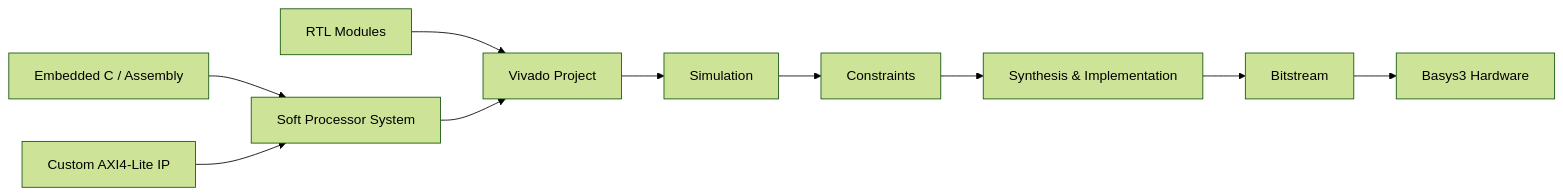
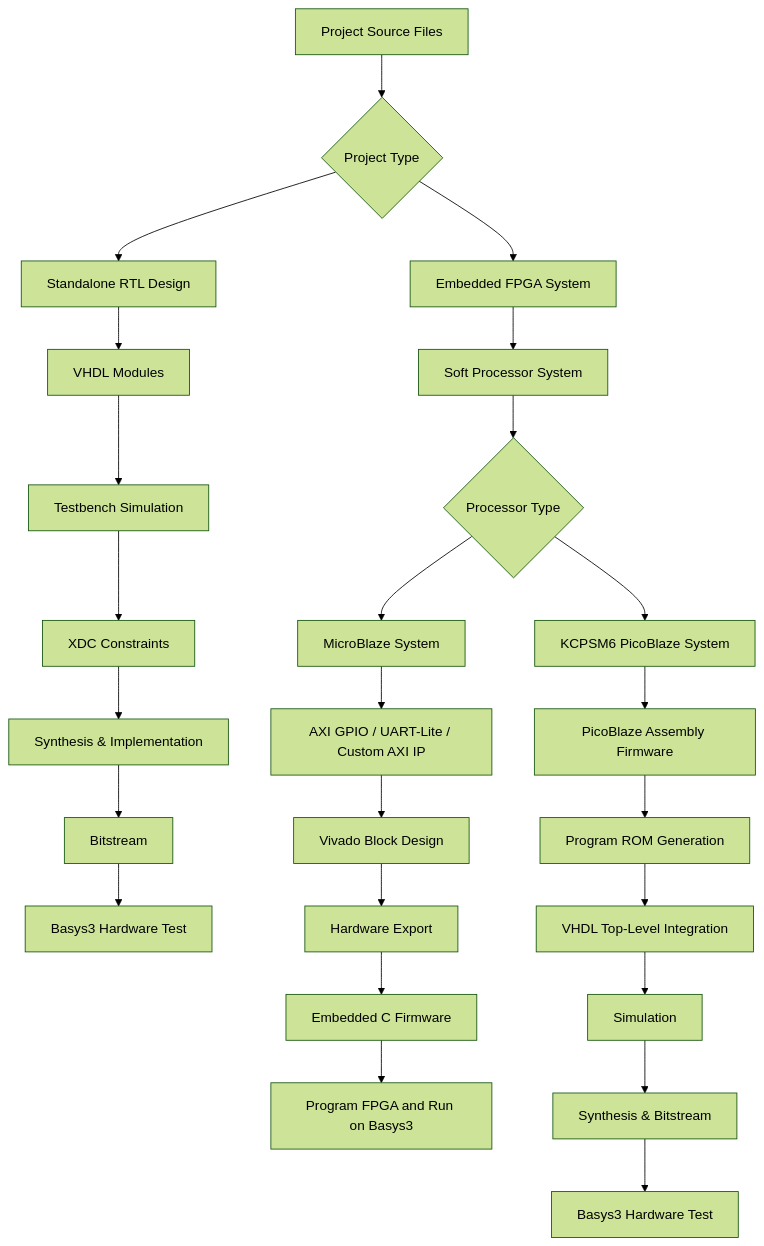
One commit to RL-Hillman/Basys3-FPGA-Design-Projects changed the diagram in README.md. Above: the diagram before and after it, drawn with Mermaid (forest theme). The commit also changed other lines of this file, not shown here.

````diff
--- a/README.md
+++ b/README.md
@@ -124,14 +123,33 @@
 ```mermaid
-flowchart LR
-    A[RTL Modules] --> B[Vivado Project]
-    B --> C[Simulation]
-    C --> D[Constraints]
-    D --> E[Synthesis & Implementation]
-    E --> F[Bitstream]
-    F --> G[Basys3 Hardware]
+flowchart TD
+    A[Project Source Files] --> B{Project Type}
 
-    H[Embedded C / Assembly] --> I[Soft Processor System]
-    I --> B
+    B --> C[Standalone RTL Design]
+    B --> D[Embedded FPGA System]
 
-    J[Custom AXI4-Lite IP] --> I
+    C --> C1[VHDL Modules]
+    C1 --> C2[Testbench Simulation]
+    C2 --> C3[XDC Constraints]
+    C3 --> C4[Synthesis & Implementation]
+    C4 --> C5[Bitstream]
+    C5 --> C6[Basys3 Hardware Test]
+
+    D --> D1[Soft Processor System]
+    D1 --> D2{Processor Type}
+
+    D2 --> E[MicroBlaze System]
+    D2 --> F[KCPSM6 PicoBlaze System]
+
+    E --> E1[AXI GPIO / UART-Lite / Custom AXI IP]
+    E1 --> E2[Vivado Block Design]
+    E2 --> E3[Hardware Export]
+    E3 --> E4[Embedded C Firmware]
+    E4 --> E5[Program FPGA and Run on Basys3]
+
+    F --> F1[PicoBlaze Assembly Firmware]
+    F1 --> F2[Program ROM Generation]
+    F2 --> F3[VHDL Top-Level Integration]
+    F3 --> F4[Simulation]
+    F4 --> F5[Synthesis & Bitstream]
+    F5 --> F6[Basys3 Hardware Test]
 ```
````
